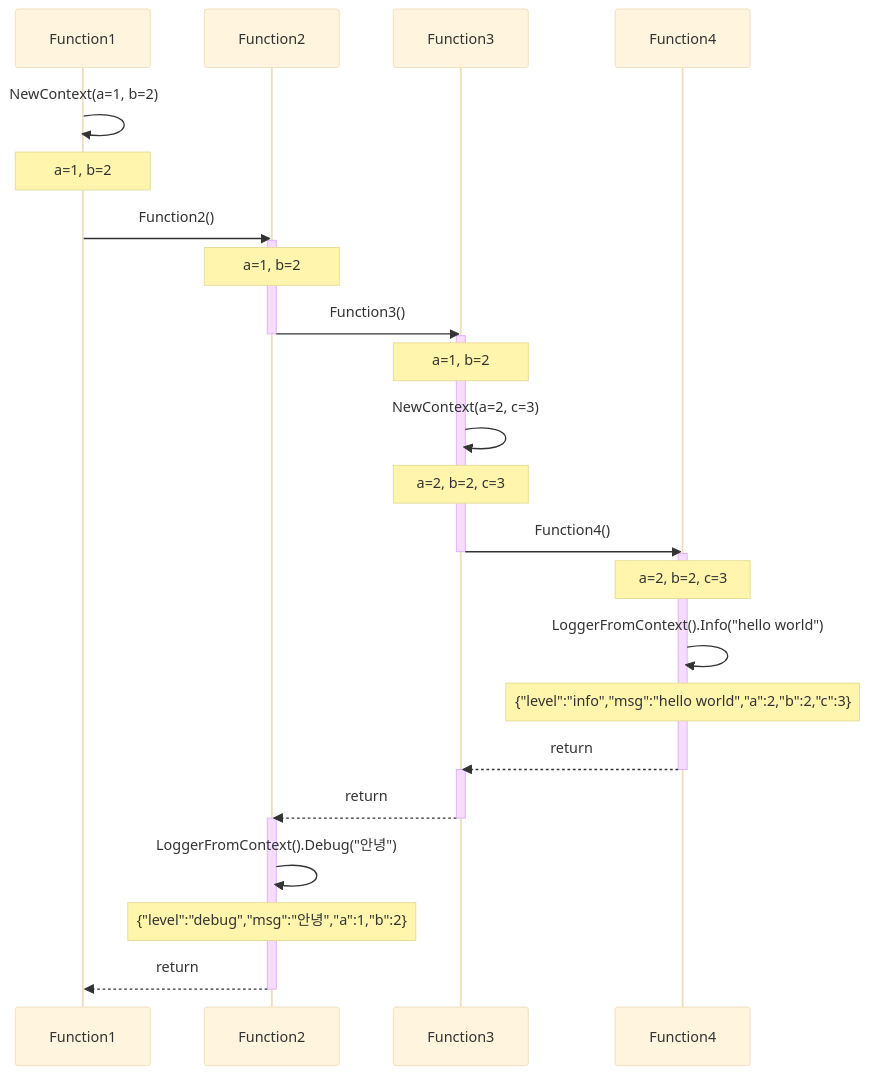
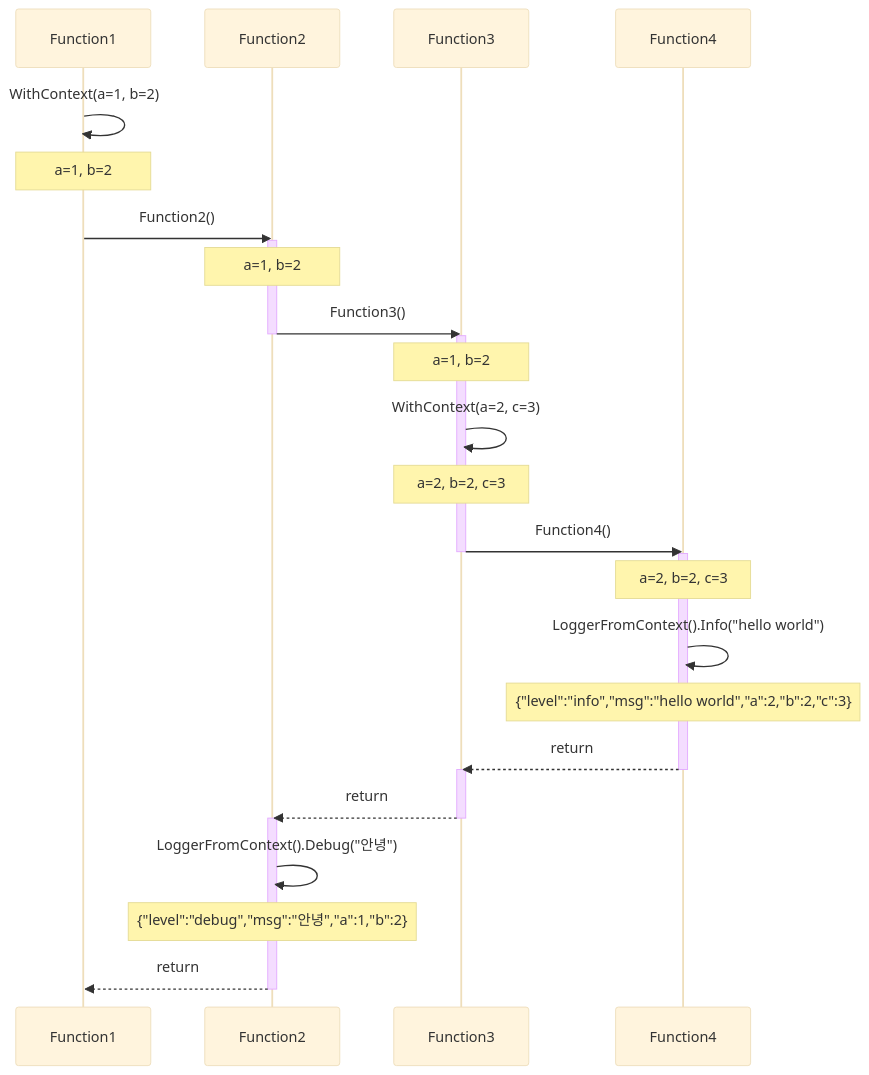
The diagram in docs/lang/design/contextual-logging.mdx (hhk7734/wiki), drawn with Mermaid (base theme) before and after one commit. The commit also changed other lines of this file, not shown here.

````diff
--- a/docs/lang/design/contextual-logging.mdx
+++ b/docs/lang/design/contextual-logging.mdx
@@ -41,35 +49,35 @@
 ```mermaid
 sequenceDiagram
   participant F1 as Function1
   participant F2 as Function2
   participant F3 as Function3
   participant F4 as Function4
 
-  F1 ->> F1: NewContext(a=1, b=2)
+  F1 ->> F1: WithContext(a=1, b=2)
   Note over F1: a=1, b=2
   F1 ->> F2: Function2()
     activate F2
     Note over F2: a=1, b=2
     F2 ->> F3: Function3()
     deactivate F2
       activate F3
       Note over F3: a=1, b=2
-      F3 ->> F3: NewContext(a=2, c=3)
+      F3 ->> F3: WithContext(a=2, c=3)
       Note over F3: a=2, b=2, c=3
       F3 ->> F4: Function4()
       deactivate F3
         activate F4
         Note over F4: a=2, b=2, c=3
         F4 ->> F4: LoggerFromContext().Info("hello world")
         Note over F4: {"level":"info","msg":"hello world","a":2,"b":2,"c":3}
         F4 -->> F3: return
         deactivate F4
       activate F3
       F3 -->> F2: return
       deactivate F3
     activate F2
     F2 ->> F2: LoggerFromContext().Debug("안녕")
     Note over F2: {"level":"debug","msg":"안녕","a":1,"b":2}
     F2 -->> F1: return
     deactivate F2
 ```
````
